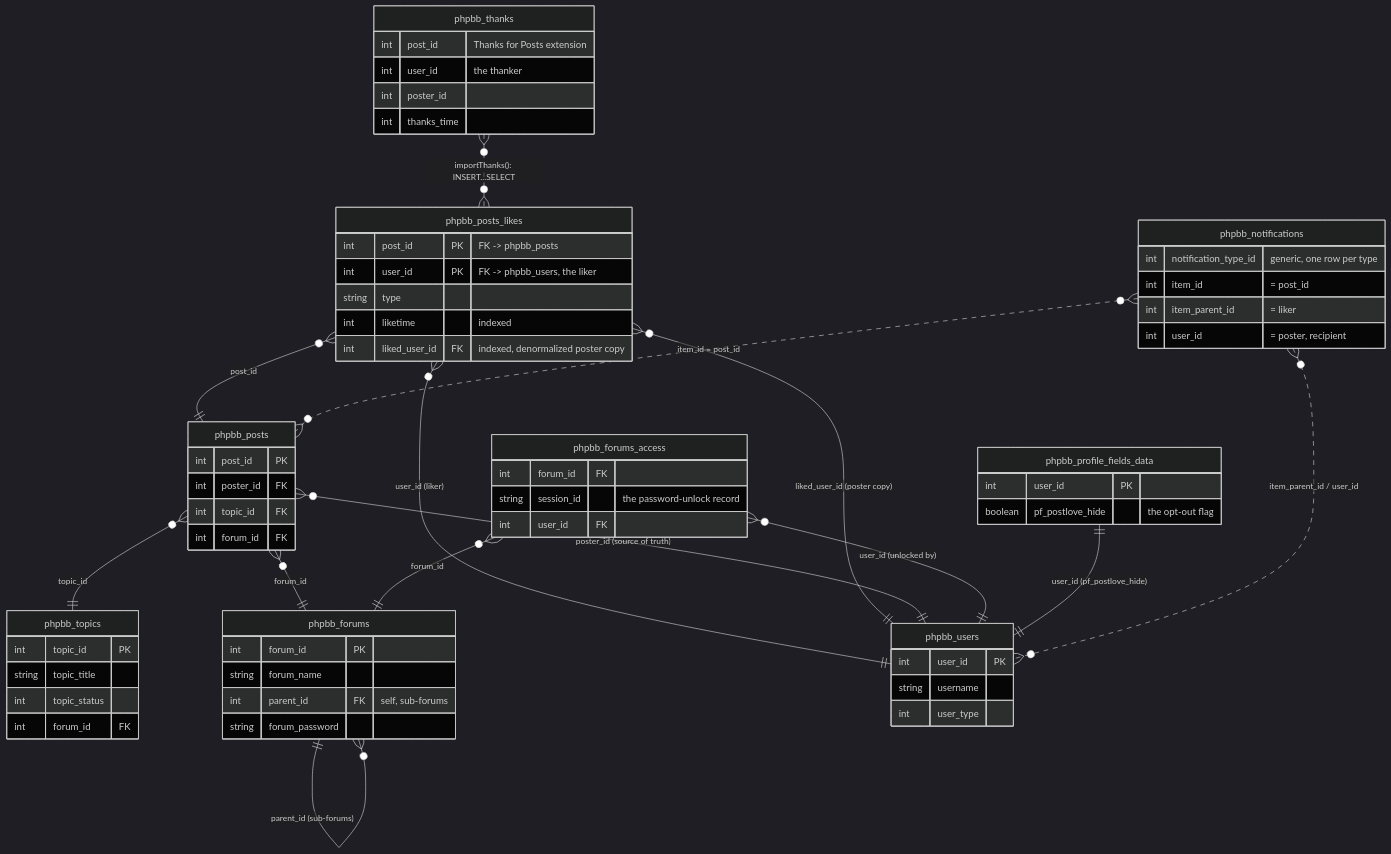
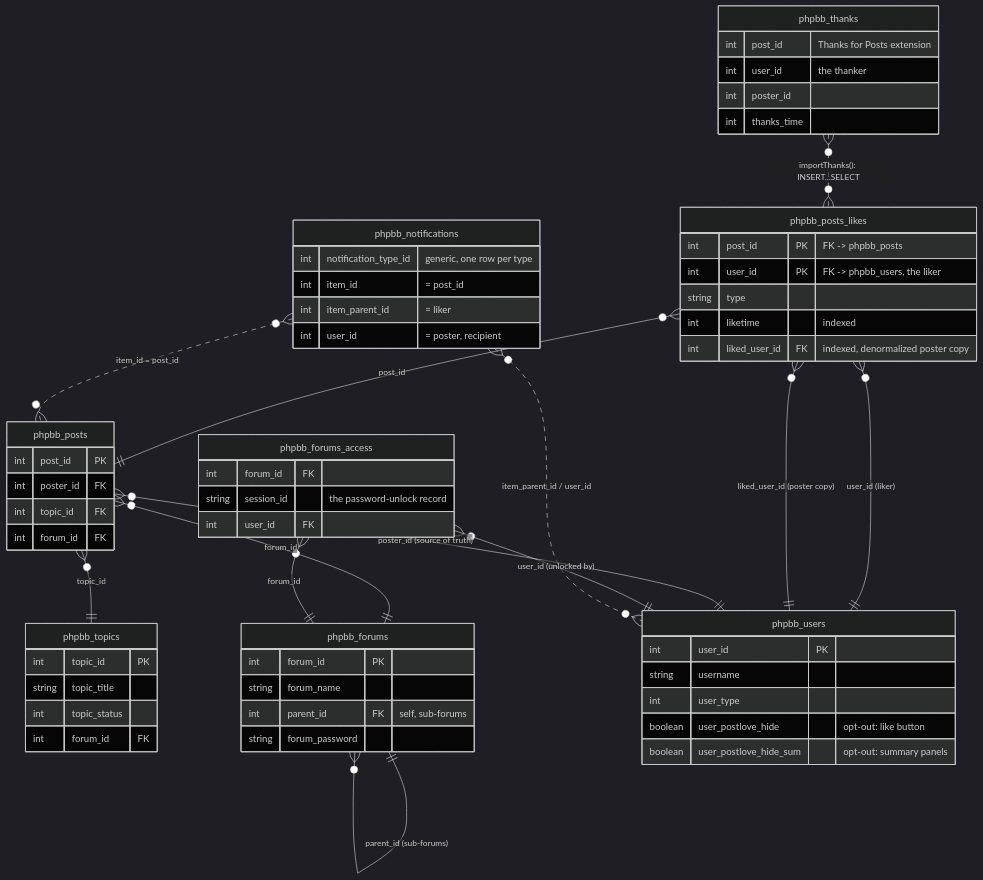
The diagram in contrib/database-schema.md (avatharbe/postlove), drawn with Mermaid (dark theme) before and after one commit. The commit also changed 22 other files, not shown here.

````diff
--- a/contrib/database-schema.md
+++ b/contrib/database-schema.md
@@ -9,76 +9,72 @@
 ```mermaid
 erDiagram
     phpbb_posts_likes {
         int post_id PK "FK -> phpbb_posts"
         int user_id PK "FK -> phpbb_users, the liker"
         string type
         int liketime "indexed"
         int liked_user_id FK "indexed, denormalized poster copy"
     }
 
     phpbb_posts {
         int post_id PK
         int poster_id FK
         int topic_id FK
         int forum_id FK
     }
 
     phpbb_topics {
         int topic_id PK
         string topic_title
         int topic_status
         int forum_id FK
     }
 
     phpbb_forums {
         int forum_id PK
         string forum_name
         int parent_id FK "self, sub-forums"
         string forum_password
     }
 
     phpbb_forums_access {
         int forum_id FK
         string session_id "the password-unlock record"
         int user_id FK
     }
 
     phpbb_users {
         int user_id PK
         string username
         int user_type
+        boolean user_postlove_hide "opt-out: like button"
+        boolean user_postlove_hide_sum "opt-out: summary panels"
     }
 
     phpbb_thanks {
         int post_id "Thanks for Posts extension"
         int user_id "the thanker"
         int poster_id
         int thanks_time
-    }
-
-    phpbb_profile_fields_data {
-        int user_id PK
-        boolean pf_postlove_hide "the opt-out flag"
     }
 
     phpbb_notifications {
         int notification_type_id "generic, one row per type"
         int item_id "= post_id"
         int item_parent_id "= liker"
         int user_id "= poster, recipient"
     }
 
     phpbb_posts_likes }o--|| phpbb_posts        : "post_id"
     phpbb_posts_likes }o--|| phpbb_users        : "user_id (liker)"
     phpbb_posts_likes }o--|| phpbb_users        : "liked_user_id (poster copy)"
     phpbb_posts        }o--|| phpbb_users        : "poster_id (source of truth)"
     phpbb_posts        }o--|| phpbb_topics       : "topic_id"
     phpbb_posts        }o--|| phpbb_forums       : "forum_id"
     phpbb_forums        ||--o{ phpbb_forums       : "parent_id (sub-forums)"
     phpbb_forums_access }o--|| phpbb_forums       : "forum_id"
     phpbb_forums_access }o--|| phpbb_users        : "user_id (unlocked by)"
     phpbb_thanks        }o..o{ phpbb_posts_likes  : "importThanks(): INSERT...SELECT"
-    phpbb_profile_fields_data ||--|| phpbb_users  : "user_id (pf_postlove_hide)"
     phpbb_notifications }o..o{ phpbb_posts        : "item_id = post_id"
     phpbb_notifications }o..o{ phpbb_users        : "item_parent_id / user_id"
 ```
````
